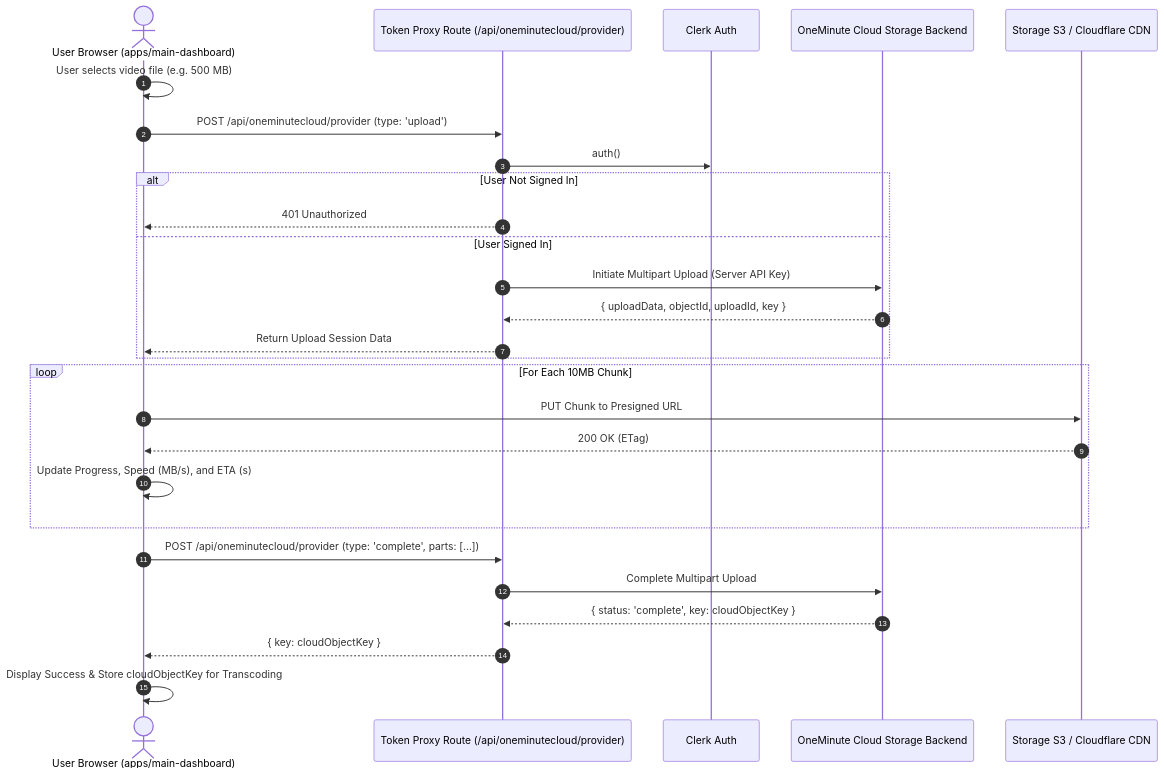
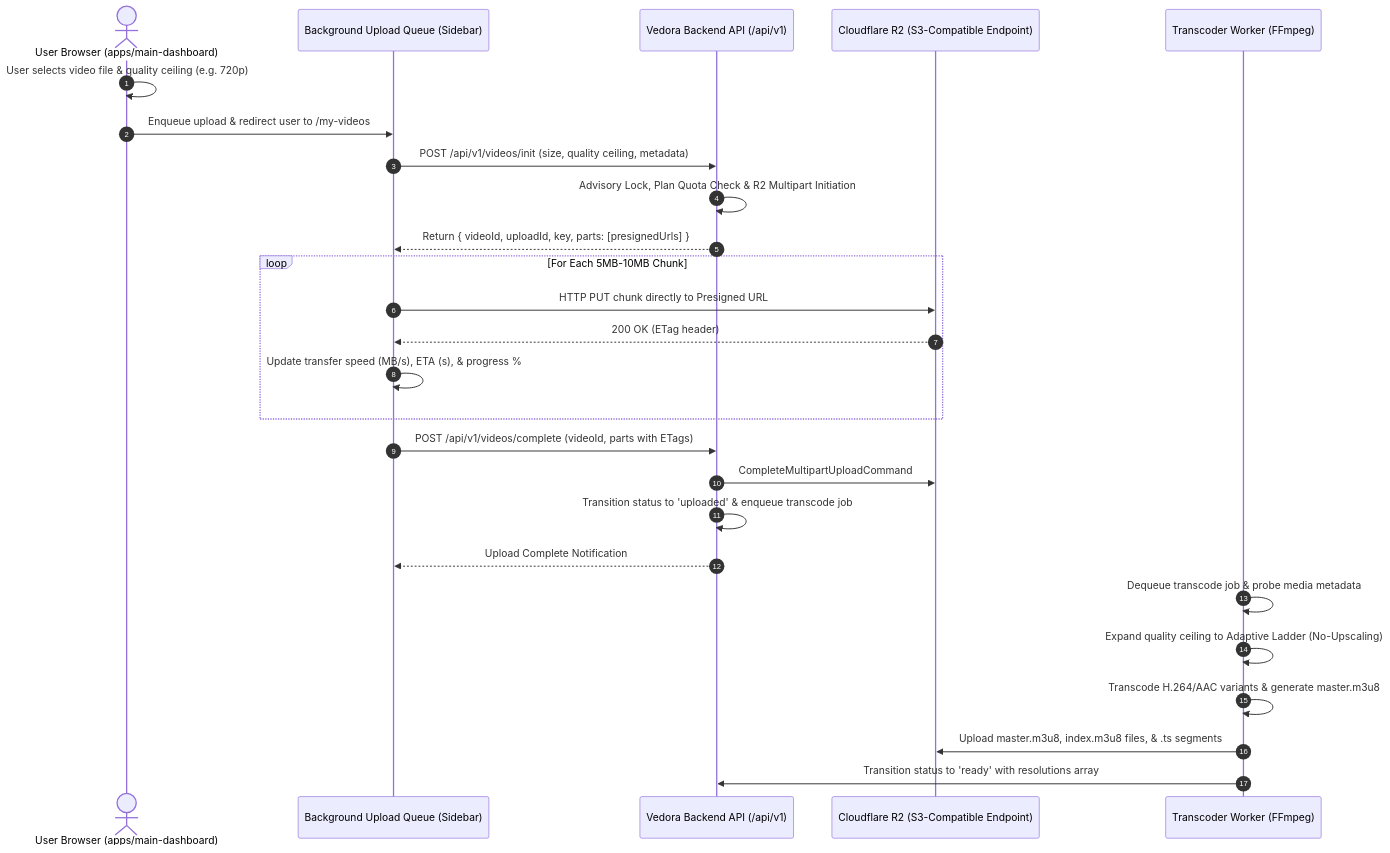
The sixth of 6 diagrams in docs/ARCHITECTURE_AND_SYSTEM_DESIGN.md (KartikaySingh0211/vedora), drawn with Mermaid before and after one commit. The commit also changed other lines of this file and 10 other files, not shown here.

Commit message:
docs: update architecture, ADRs, engineering log, and bug ledger for R2 and adaptive ladder

````diff
--- a/docs/ARCHITECTURE_AND_SYSTEM_DESIGN.md
+++ b/docs/ARCHITECTURE_AND_SYSTEM_DESIGN.md
@@ -243,32 +245,32 @@
 ```mermaid
 sequenceDiagram
     autonumber
     actor Browser as User Browser (apps/main-dashboard)
-    participant Proxy as Token Proxy Route (/api/oneminutecloud/provider)
-    participant Clerk as Clerk Auth
-    participant OMC as OneMinute Cloud Storage Backend
-    participant S3 as Storage S3 / Cloudflare CDN
+    participant Queue as Background Upload Queue (Sidebar)
+    participant API as Vedora Backend API (/api/v1)
+    participant R2 as Cloudflare R2 (S3-Compatible Endpoint)
+    participant Worker as Transcoder Worker (FFmpeg)
 
-    Browser->>Browser: User selects video file (e.g. 500 MB)
-    Browser->>Proxy: POST /api/oneminutecloud/provider (type: 'upload')
-    Proxy->>Clerk: auth()
-    alt User Not Signed In
-        Proxy-->>Browser: 401 Unauthorized
-    else User Signed In
-        Proxy->>OMC: Initiate Multipart Upload (Server API Key)
-        OMC-->>Proxy: { uploadData, objectId, uploadId, key }
-        Proxy-->>Browser: Return Upload Session Data
+    Browser->>Browser: User selects video file & quality ceiling (e.g. 720p)
+    Browser->>Queue: Enqueue upload & redirect user to /my-videos
+    Queue->>API: POST /api/v1/videos/init (size, quality ceiling, metadata)
+    API->>API: Advisory Lock, Plan Quota Check & R2 Multipart Initiation
+    API-->>Queue: Return { videoId, uploadId, key, parts: [presignedUrls] }
+
+    loop For Each 5MB-10MB Chunk
+        Queue->>R2: HTTP PUT chunk directly to Presigned URL
+        R2-->>Queue: 200 OK (ETag header)
+        Queue->>Queue: Update transfer speed (MB/s), ETA (s), & progress %
     end
 
-    loop For Each 10MB Chunk
-        Browser->>S3: PUT Chunk to Presigned URL
-        S3-->>Browser: 200 OK (ETag)
-        Browser->>Browser: Update Progress, Speed (MB/s), and ETA (s)
-    end
+    Queue->>API: POST /api/v1/videos/complete (videoId, parts with ETags)
+    API->>R2: CompleteMultipartUploadCommand
+    API->>API: Transition status to 'uploaded' & enqueue transcode job
+    API-->>Queue: Upload Complete Notification
 
-    Browser->>Proxy: POST /api/oneminutecloud/provider (type: 'complete', parts: [...])
-    Proxy->>OMC: Complete Multipart Upload
-    OMC-->>Proxy: { status: 'complete', key: cloudObjectKey }
-    Proxy-->>Browser: { key: cloudObjectKey }
-    Browser->>Browser: Display Success & Store cloudObjectKey for Transcoding
+    Worker->>Worker: Dequeue transcode job & probe media metadata
+    Worker->>Worker: Expand quality ceiling to Adaptive Ladder (No-Upscaling)
+    Worker->>Worker: Transcode H.264/AAC variants & generate master.m3u8
+    Worker->>R2: Upload master.m3u8, index.m3u8 files, & .ts segments
+    Worker->>API: Transition status to 'ready' with resolutions array
 ```
````
